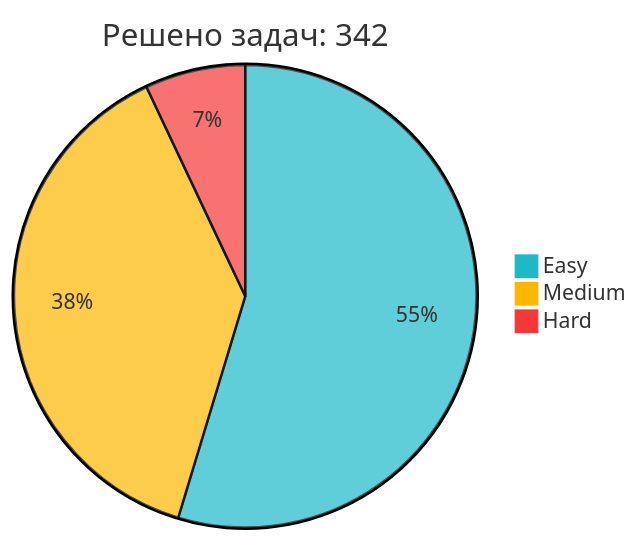
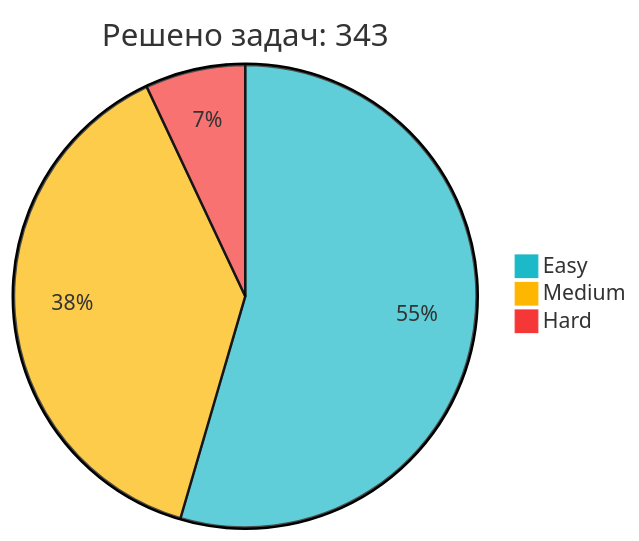
Before and after one commit to IliaKurdukov/IliaKurdukov: the diagram in README.md, drawn with Mermaid. The commit also changed other lines of this file, not shown here.

Commit message:
📈 Обновление статистики LeetCode

````diff
--- a/README.md
+++ b/README.md
@@ -51,7 +51,7 @@
 ```mermaid
 %%{init: {'theme': 'base', 'themeVariables': { 'pie1': '#1CBAC8', 'pie2': '#FEB700', 'pie3': '#F63737' }, 'config': {'width': 300, 'height': 200}}}%%
-pie title Решено задач: 342
+pie title Решено задач: 343
    "Easy" : 187
-   "Medium" : 131
+   "Medium" : 132
    "Hard" : 24
 ```
````
